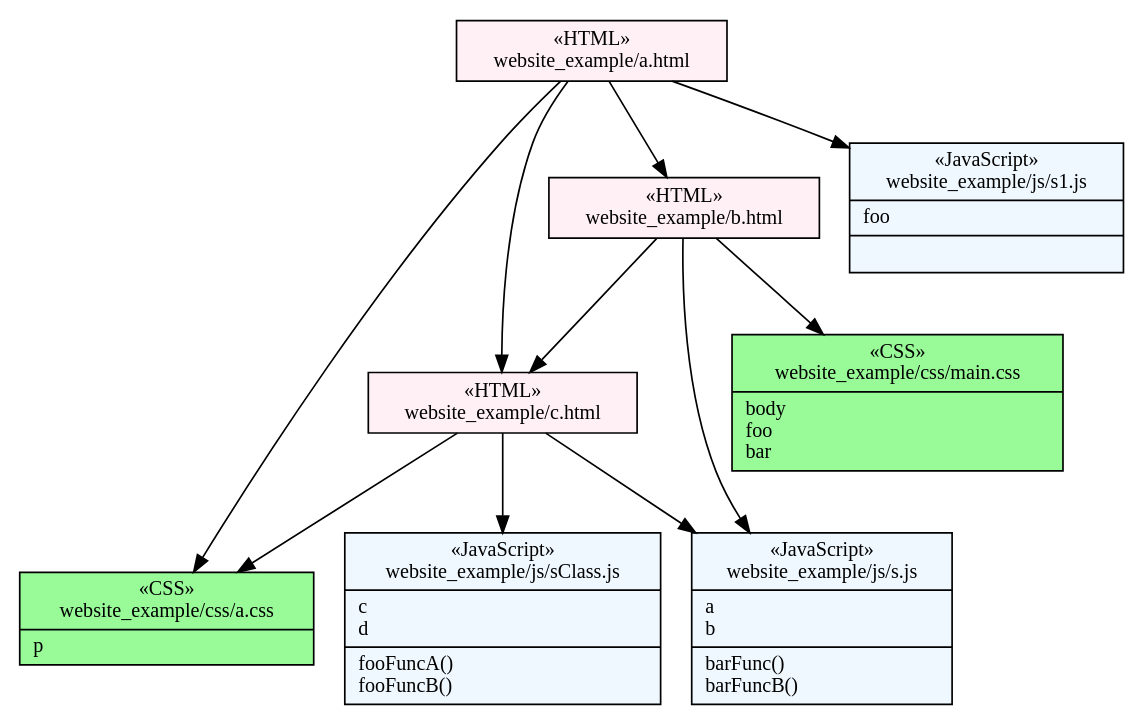
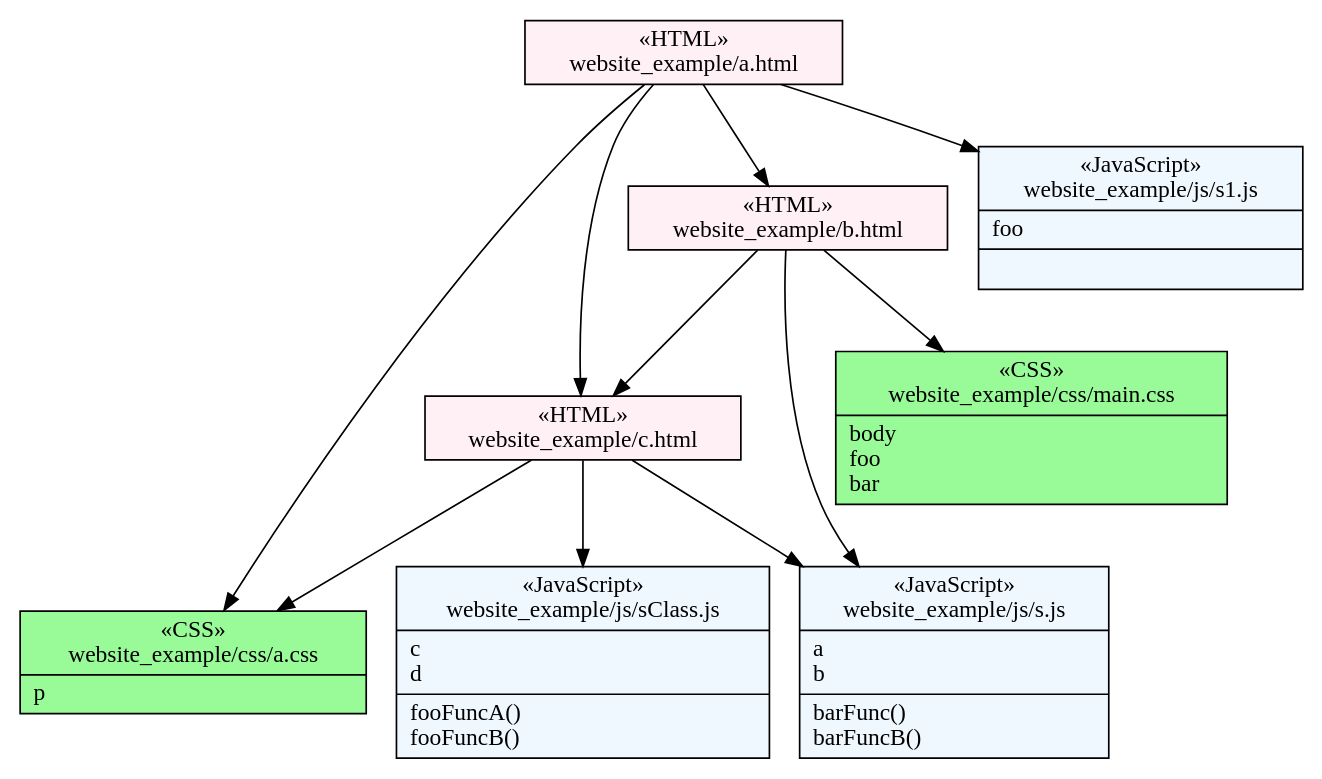
One commit to bakunin95/wavi changed the diagram in example/result/example.dot. Above: the diagram before and after it, drawn with Graphviz. The commit also changed 6 other files, not shown here.

Commit message:
Fixed small glitch in diagram, added AJAX

```diff
--- a/example/result/example.dot
+++ b/example/result/example.dot
@@ -1,20 +1,20 @@
 digraph G {
-  "website_example/a.html" [ label = "{&laquo;HTML»\nwebsite_example/a.html}", fontsize = 12, shape = record, style = "filled", fillcolor = "lavenderblush" ];
-  "website_example/b.html" [ label = "{&laquo;HTML»\nwebsite_example/b.html}", fontsize = 12, shape = record, style = "filled", fillcolor = "lavenderblush" ];
-  "website_example/c.html" [ label = "{&laquo;HTML»\nwebsite_example/c.html}", fontsize = 12, shape = record, style = "filled", fillcolor = "lavenderblush" ];
-  "website_example/css/a.css" [ label = "{&laquo;CSS»\nwebsite_example/css/a.css|p\l}", fontsize = 12, shape = record, style = "filled", fillcolor = "palegreen" ];
-  "website_example/css/main.css" [ label = "{&laquo;CSS»\nwebsite_example/css/main.css|body\lfoo\lbar\l}", fontsize = 12, shape = record, style = "filled", fillcolor = "palegreen" ];
-  "website_example/js/s.js" [ label = "{&laquo;JavaScript»\nwebsite_example/js/s.js|a\lb\l|barFunc()\lbarFuncB()\l}", fontsize = 12, shape = record, style = "filled", fillcolor = "aliceblue" ];
-  "website_example/js/s1.js" [ label = "{&laquo;JavaScript»\nwebsite_example/js/s1.js|foo\l|\l}", fontsize = 12, shape = record, style = "filled", fillcolor = "aliceblue" ];
-  "website_example/js/sClass.js" [ label = "{&laquo;JavaScript»\nwebsite_example/js/sClass.js|c\ld\l|fooFuncA()\lfooFuncB()\l}", fontsize = 12, shape = record, style = "filled", fillcolor = "aliceblue" ];
+  "website_example/a.html" [ label = "{&laquo;HTML»\nwebsite_example/a.html}", shape = record, style = "filled", fillcolor = "lavenderblush" ];
+  "website_example/b.html" [ label = "{&laquo;HTML»\nwebsite_example/b.html}", shape = record, style = "filled", fillcolor = "lavenderblush" ];
+  "website_example/c.html" [ label = "{&laquo;HTML»\nwebsite_example/c.html}", shape = record, style = "filled", fillcolor = "lavenderblush" ];
+  "website_example/css/a.css" [ label = "{&laquo;CSS»\nwebsite_example/css/a.css|p\l}", shape = record, style = "filled", fillcolor = "palegreen" ];
+  "website_example/css/main.css" [ label = "{&laquo;CSS»\nwebsite_example/css/main.css|body\lfoo\lbar\l}", shape = record, style = "filled", fillcolor = "palegreen" ];
+  "website_example/js/s.js" [ label = "{&laquo;JavaScript»\nwebsite_example/js/s.js|a\lb\l|barFunc()\lbarFuncB()\l}", shape = record, style = "filled", fillcolor = "aliceblue" ];
+  "website_example/js/s1.js" [ label = "{&laquo;JavaScript»\nwebsite_example/js/s1.js|foo\l|\l}", shape = record, style = "filled", fillcolor = "aliceblue" ];
+  "website_example/js/sClass.js" [ label = "{&laquo;JavaScript»\nwebsite_example/js/sClass.js|c\ld\l|fooFuncA()\lfooFuncB()\l}", shape = record, style = "filled", fillcolor = "aliceblue" ];
   "website_example/a.html" -> "website_example/c.html";
+  "website_example/b.html" -> "website_example/js/s.js";
+  "website_example/c.html" -> "website_example/css/a.css";
+  "website_example/a.html" -> "website_example/b.html";
+  "website_example/a.html" -> "website_example/js/s1.js";
   "website_example/b.html" -> "website_example/c.html";
-  "website_example/b.html" -> "website_example/js/s.js";
-  "website_example/a.html" -> "website_example/js/s1.js";
+  "website_example/c.html" -> "website_example/js/sClass.js";
   "website_example/b.html" -> "website_example/css/main.css";
   "website_example/c.html" -> "website_example/js/s.js";
-  "website_example/c.html" -> "website_example/css/a.css";
-  "website_example/a.html" -> "website_example/b.html";
-  "website_example/c.html" -> "website_example/js/sClass.js";
   "website_example/a.html" -> "website_example/css/a.css";
 }
```
